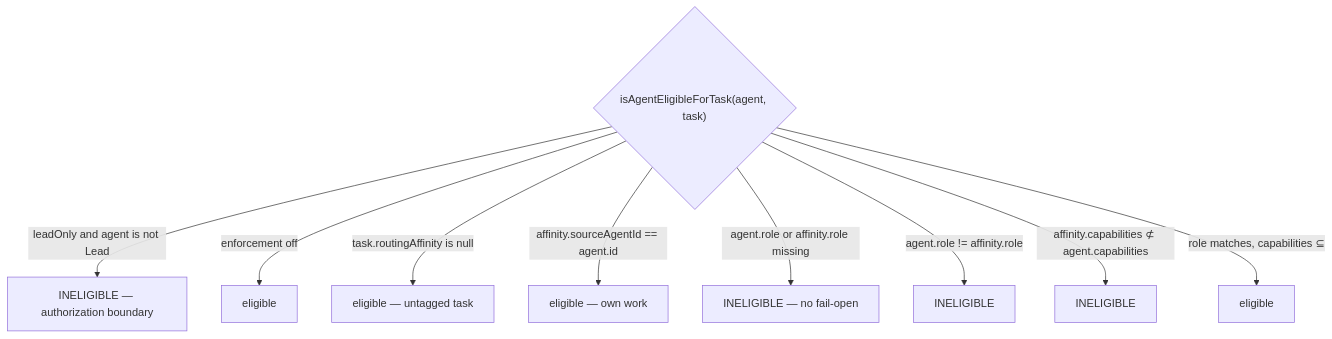
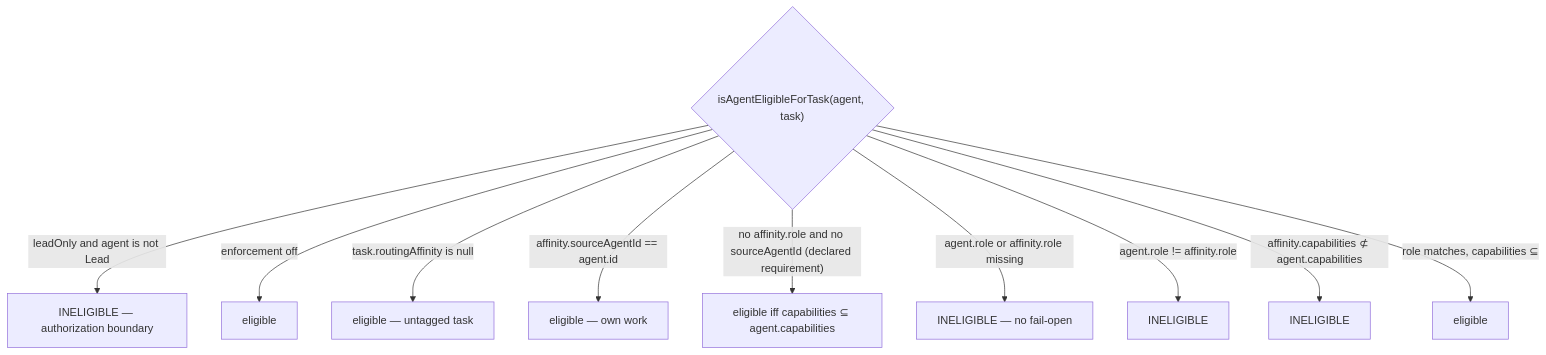
One commit to desplega-ai/agent-swarm changed the fourth of 4 diagrams in runbooks/heartbeat-crash-recovery.md. Above: the diagram before and after it, drawn with Mermaid. The commit also changed other lines of this file and 2 other files, not shown here.

First line of the commit message:
fix(routing): match caller-declared capability affinity on capabilities, not a role (#1601)

````diff
--- a/runbooks/heartbeat-crash-recovery.md
+++ b/runbooks/heartbeat-crash-recovery.md
@@ -238,12 +238,13 @@
 ```mermaid
 flowchart TD
   gate{"isAgentEligibleForTask(agent, task)"}
   gate -->|"leadOnly and agent is not Lead"| no0["INELIGIBLE — authorization boundary"]
   gate -->|"enforcement off"| yes1["eligible"]
   gate -->|"task.routingAffinity is null"| yes2["eligible — untagged task"]
   gate -->|"affinity.sourceAgentId == agent.id"| yes3["eligible — own work"]
+  gate -->|"no affinity.role and no sourceAgentId (declared requirement)"| cap["eligible iff capabilities ⊆ agent.capabilities"]
   gate -->|"agent.role or affinity.role missing"| no1["INELIGIBLE — no fail-open"]
   gate -->|"agent.role != affinity.role"| no2["INELIGIBLE"]
   gate -->|"affinity.capabilities ⊄ agent.capabilities"| no3["INELIGIBLE"]
   gate -->|"role matches, capabilities ⊆"| yes4["eligible"]
 ```
````
